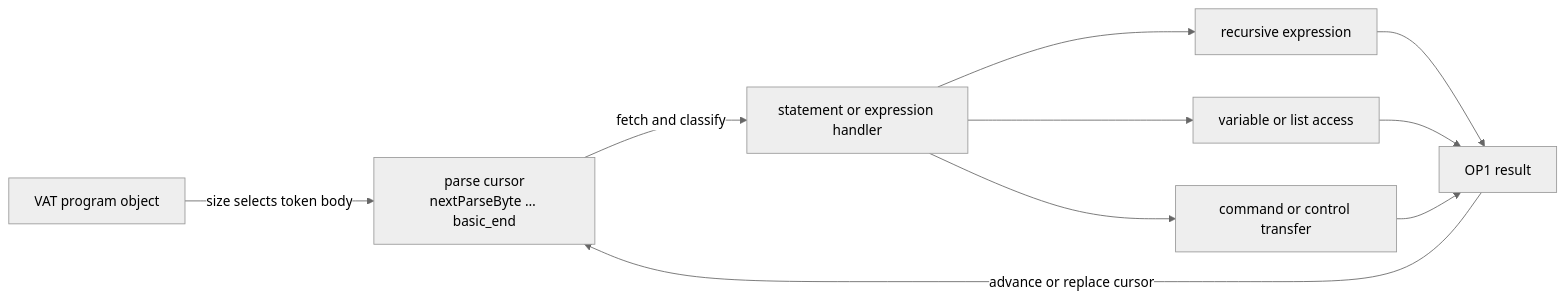
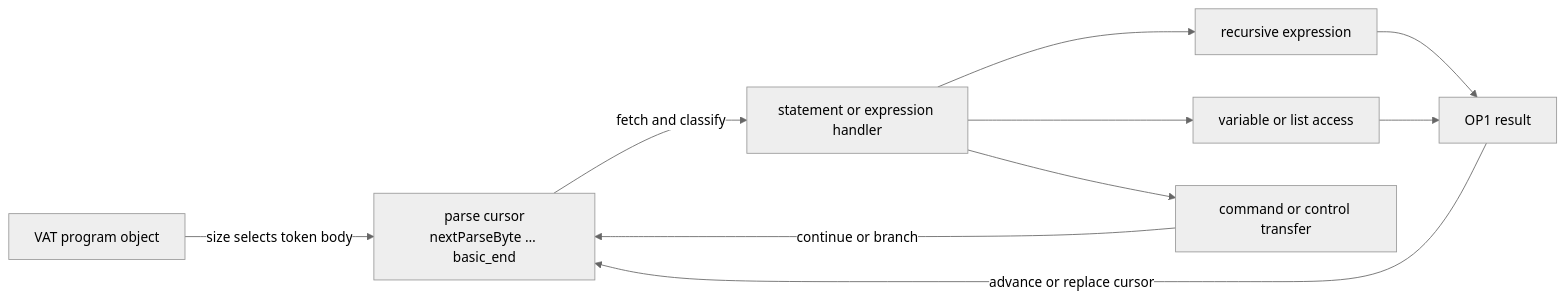
Before and after one commit to siraben/ti84p-re: the first of 4 diagrams in docs/sub-tibasic.md, drawn with Mermaid (neutral theme). The commit also changed 10 other files, not shown here.

Commit message:
Correct the algorithms and data flow shown in the wiki diagrams

````diff
--- a/docs/sub-tibasic.md
+++ b/docs/sub-tibasic.md
@@ -23,12 +23,12 @@
 ```mermaid
 flowchart LR
     V["VAT program object"] -->|"size selects token body"| C["parse cursor<br/>nextParseByte … basic_end"]
     C -->|"fetch and classify"| H["statement or expression handler"]
     H --> E["recursive expression"]
     H --> M["variable or list access"]
     H --> D["command or control transfer"]
     E --> R["OP1 result"]
     M --> R
-    D --> R
+    D -->|"continue or branch"| C
     R -->|"advance or replace cursor"| C
 ```
````
